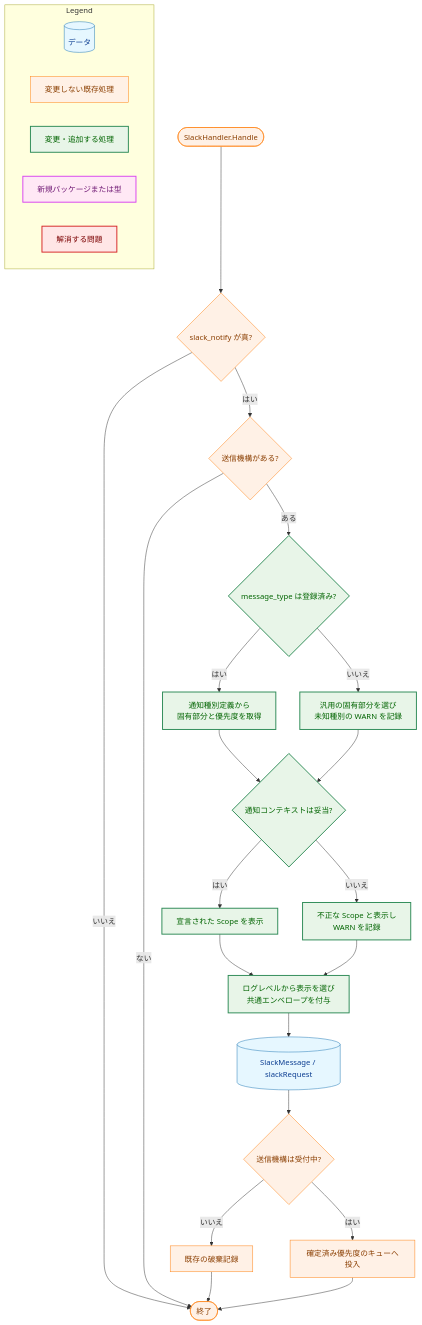
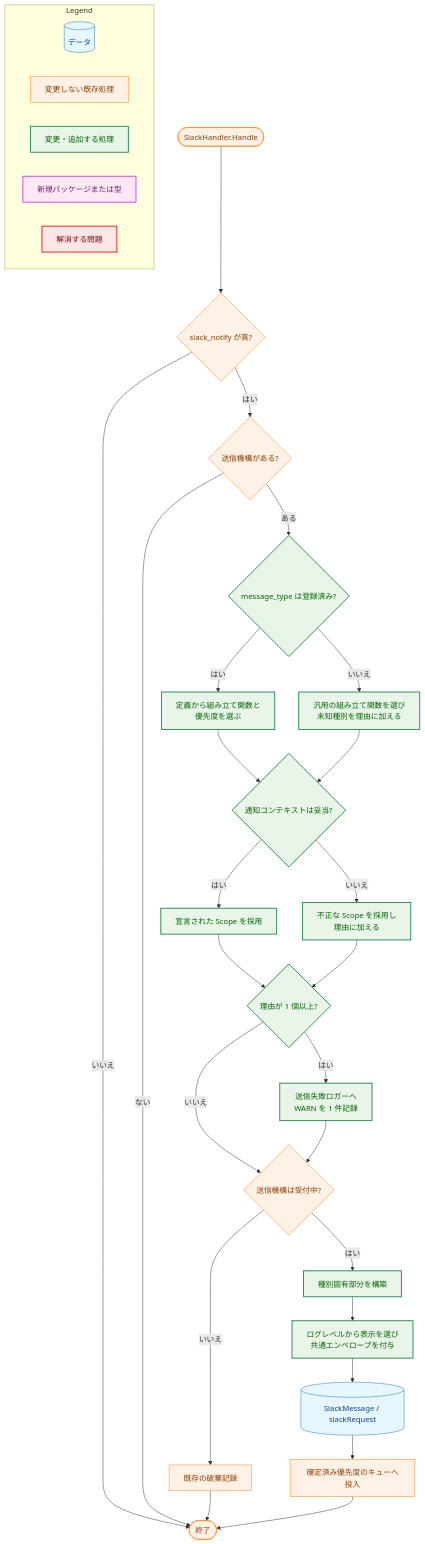
One commit to isseis/go-safe-cmd-runner changed the fifth of 5 diagrams in docs/tasks/0172_slack_notification_message_unification/02_architecture.md. Above: the diagram before and after it, drawn with Mermaid. The commit also changed other lines of this file, not shown here.

First line of the commit message:
docs(0172): address architecture review findings

````diff
--- a/docs/tasks/0172_slack_notification_message_unification/02_architecture.md
+++ b/docs/tasks/0172_slack_notification_message_unification/02_architecture.md
@@ -482,58 +528,65 @@
 ```mermaid
 flowchart TD
     classDef data fill:#e6f7ff,stroke:#1f77b4,stroke-width:1px,color:#0b3d91;
     classDef process fill:#fff1e6,stroke:#ff7f0e,stroke-width:1px,color:#8a3e00;
     classDef enhanced fill:#e8f5e8,stroke:#2e8b57,stroke-width:2px,color:#006400;
     classDef newpkg fill:#ffe8f5,stroke:#d946ef,stroke-width:2px,color:#701a75;
     classDef problem fill:#ffe6e6,stroke:#d62728,stroke-width:2px,color:#7b0000;
 
     START(["SlackHandler.Handle"])
     NOTIFY{"slack_notify が真?"}
     NOSENDER{"送信機構がある?"}
     LOOKUP{"message_type は登録済み?"}
-    DEF["通知種別定義から<br>固有部分と優先度を取得"]
-    GENERIC["汎用の固有部分を選び<br>未知種別の WARN を記録"]
+    DEF["定義から組み立て関数と<br>優先度を選ぶ"]
+    GENERIC["汎用の組み立て関数を選び<br>未知種別を理由に加える"]
     SCOPE{"通知コンテキストは妥当?"}
-    VALID["宣言された Scope を表示"]
-    INVALID["不正な Scope と表示し<br>WARN を記録"]
-    ENVELOPE["ログレベルから表示を選び<br>共通エンベロープを付与"]
+    VALID["宣言された Scope を採用"]
+    INVALID["不正な Scope を採用し<br>理由に加える"]
+    WARNLOG{"理由が 1 個以上?"}
+    EMITWARN["送信失敗ロガーへ<br>WARN を 1 件記録"]
     CLOSED{"送信機構は受付中?"}
     DROP["既存の破棄記録"]
+    BUILD["種別固有部分を構築"]
+    ENVELOPE["ログレベルから表示を選び<br>共通エンベロープを付与"]
     QUEUE["確定済み優先度のキューへ投入"]
     DONE(["終了"])
     RECORD[("SlackMessage / slackRequest")]
 
     START --> NOTIFY
     NOTIFY -->|"いいえ"| DONE
     NOTIFY -->|"はい"| NOSENDER
     NOSENDER -->|"ない"| DONE
     NOSENDER -->|"ある"| LOOKUP
     LOOKUP -->|"はい"| DEF
     LOOKUP -->|"いいえ"| GENERIC
     DEF --> SCOPE
     GENERIC --> SCOPE
     SCOPE -->|"はい"| VALID
     SCOPE -->|"いいえ"| INVALID
-    VALID --> ENVELOPE
-    INVALID --> ENVELOPE
+    VALID --> WARNLOG
+    INVALID --> WARNLOG
+    WARNLOG -->|"はい"| EMITWARN
+    WARNLOG -->|"いいえ"| CLOSED
+    EMITWARN --> CLOSED
+    CLOSED -->|"いいえ"| DROP
+    CLOSED -->|"はい"| BUILD
+    BUILD --> ENVELOPE
     ENVELOPE --> RECORD
-    RECORD --> CLOSED
-    CLOSED -->|"いいえ"| DROP
-    CLOSED -->|"はい"| QUEUE
+    RECORD --> QUEUE
     DROP --> DONE
     QUEUE --> DONE
 
     subgraph Legend["Legend"]
         L1[("データ")]
         L2["変更しない既存処理"]
         L3["変更・追加する処理"]
         L4["新規パッケージまたは型"]
         L5["解消する問題"]
     end
 
     class RECORD,L1 data
     class START,NOTIFY,NOSENDER,CLOSED,DROP,QUEUE,DONE,L2 process
-    class LOOKUP,DEF,GENERIC,SCOPE,VALID,INVALID,ENVELOPE,L3 enhanced
+    class LOOKUP,DEF,GENERIC,SCOPE,VALID,INVALID,WARNLOG,EMITWARN,BUILD,ENVELOPE,L3 enhanced
     class L4 newpkg
     class L5 problem
 ```
````
